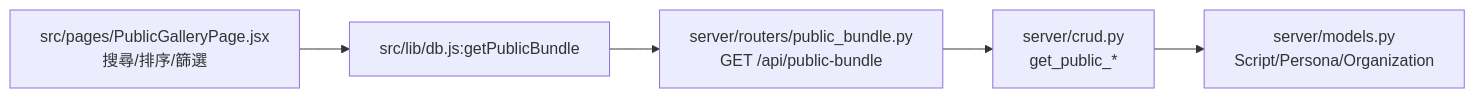
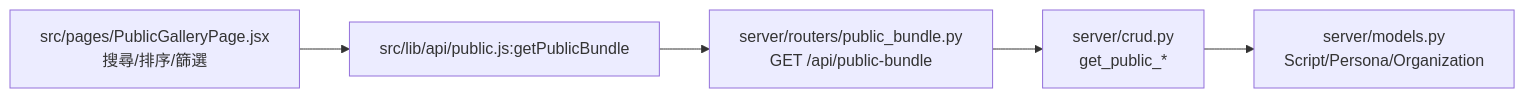
Before and after one commit to Shawn-csy/write_project: the second of 15 diagrams in docs/product/data-flows.md, drawn with Mermaid. The commit also changed other lines of this file and 113 other files, not shown here.

````diff
--- a/docs/product/data-flows.md
+++ b/docs/product/data-flows.md
@@ -27,7 +27,7 @@
 ```mermaid
 flowchart LR
-  A[src/pages/PublicGalleryPage.jsx\n搜尋/排序/篩選] --> B[src/lib/db.js:getPublicBundle]
+  A[src/pages/PublicGalleryPage.jsx\n搜尋/排序/篩選] --> B[src/lib/api/public.js:getPublicBundle]
   B --> C[server/routers/public_bundle.py\nGET /api/public-bundle]
   C --> D[server/crud.py\nget_public_*]
   D --> E[server/models.py\nScript/Persona/Organization]
 ```
````
